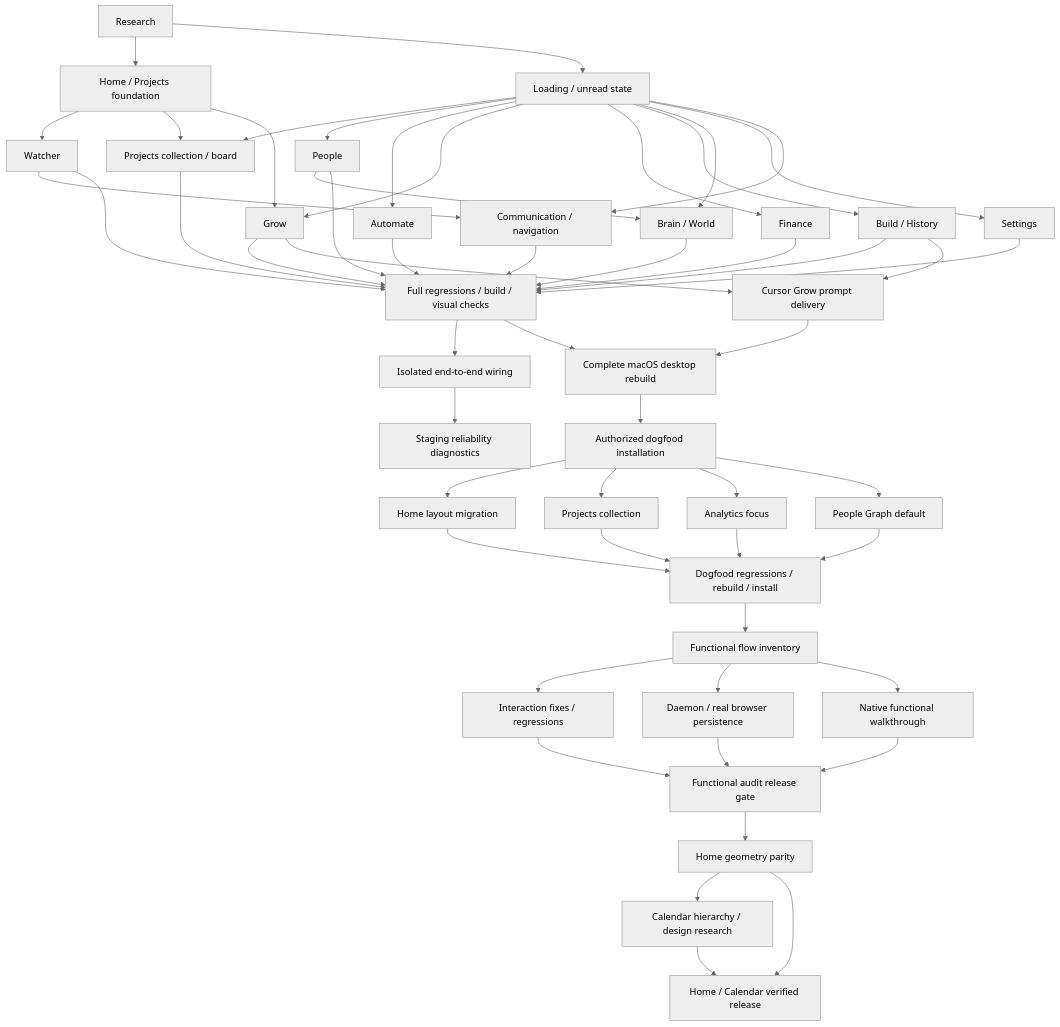
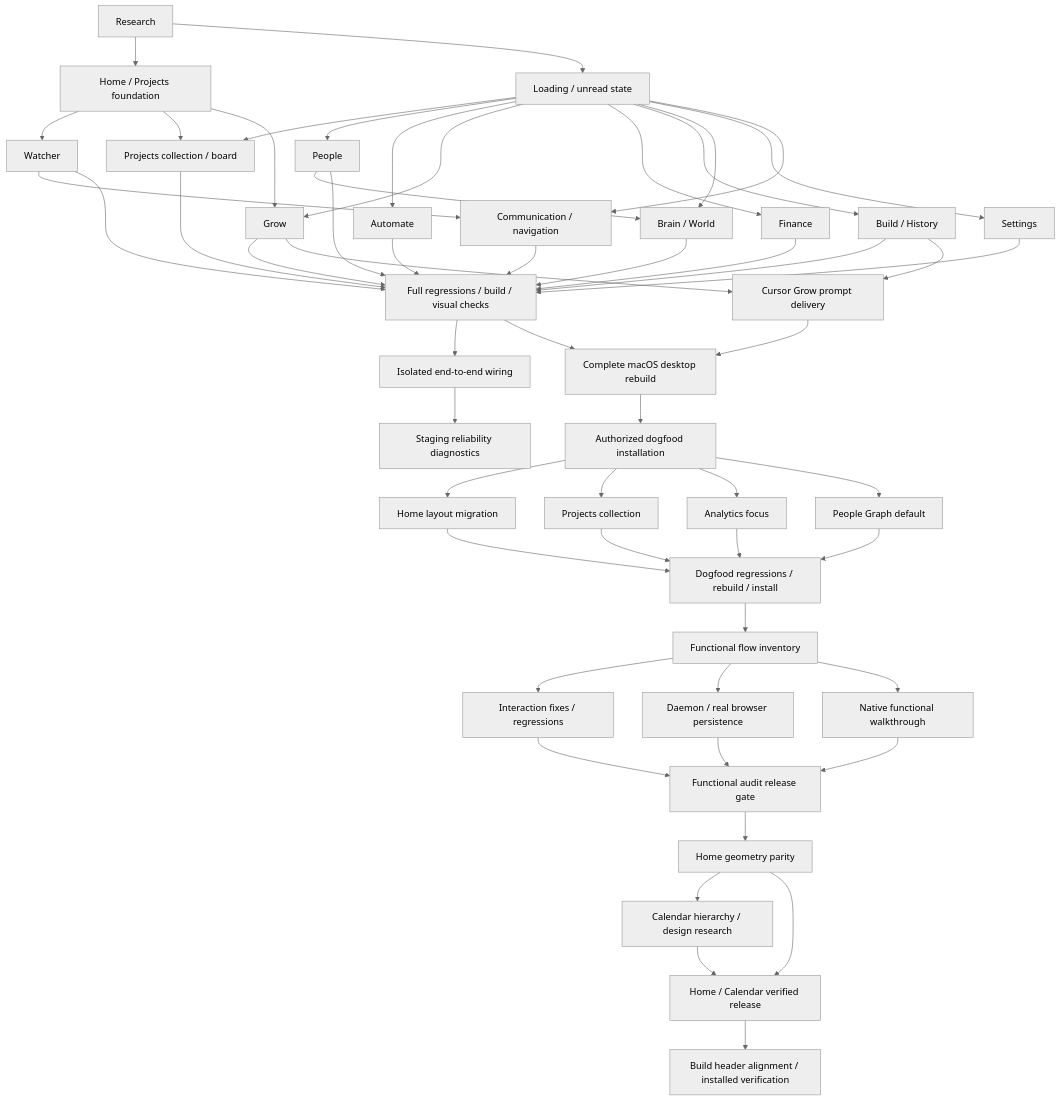
Before and after one commit to make-tuned-unit/permagent-runtime: the diagram in reports/ux-dag/README.md, drawn with Mermaid (neutral theme). The commit also changed 6 other files, not shown here.

Commit message:
Record installed Build header alignment verification

````diff
--- a/reports/ux-dag/README.md
+++ b/reports/ux-dag/README.md
@@ -5,38 +5,39 @@
 ```mermaid
 flowchart TD
  D00[Research] --> D01[Home / Projects foundation]
  D00 --> D02[Loading / unread state]
  D01 --> D03[Watcher]
  D01 --> D04[Projects collection / board]
  D02 --> D04
  D02 --> D05[People]
  D02 --> D06[Automate]
  D01 --> D07[Grow]
  D02 --> D07
  D02 --> D08[Finance]
  D02 --> D09[Build / History]
  D05 --> D10[Brain / World]
  D02 --> D10
  D02 --> D11[Settings]
  D03 --> D12[Communication / navigation]
  D02 --> D12
  D03 & D04 & D05 & D06 & D07 & D08 & D09 & D10 & D11 & D12 --> D13[Full regressions / build / visual checks]
  D13 --> D14[Isolated end-to-end wiring]
  D14 --> D15[Staging reliability diagnostics]
  D07 & D09 --> D16[Cursor Grow prompt delivery]
  D13 & D16 --> D17[Complete macOS desktop rebuild]
  D17 --> D18[Authorized dogfood installation]
  D18 --> D19[Home layout migration]
  D18 --> D20[Projects collection]
  D18 --> D21[Analytics focus]
  D18 --> D22[People Graph default]
  D19 & D20 & D21 & D22 --> D23[Dogfood regressions / rebuild / install]
  D23 --> D24[Functional flow inventory]
  D24 --> D25[Interaction fixes / regressions]
  D24 --> D26[Daemon / real browser persistence]
  D24 --> D27[Native functional walkthrough]
  D25 & D26 & D27 --> D28[Functional audit release gate]
  D28 --> D29[Home geometry parity]
  D29 --> D30[Calendar hierarchy / design research]
  D29 & D30 --> D31[Home / Calendar verified release]
+ D31 --> D32[Build header alignment / installed verification]
 ```
````
